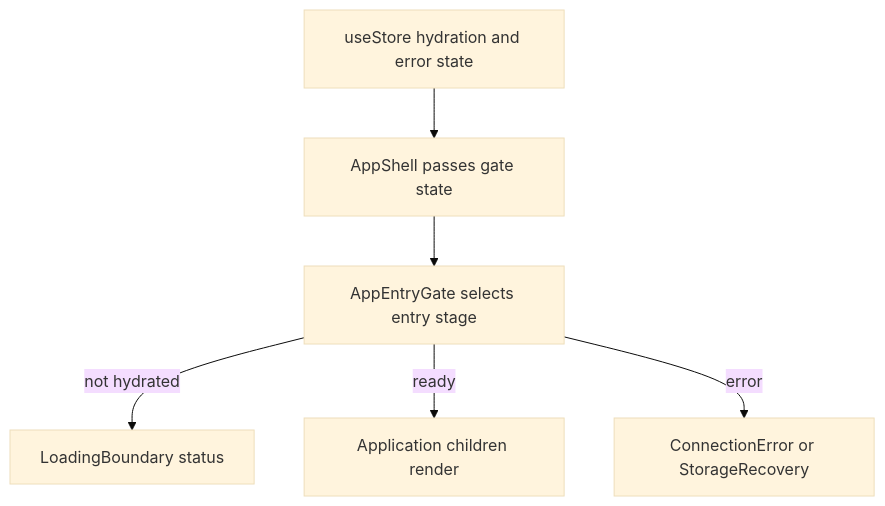
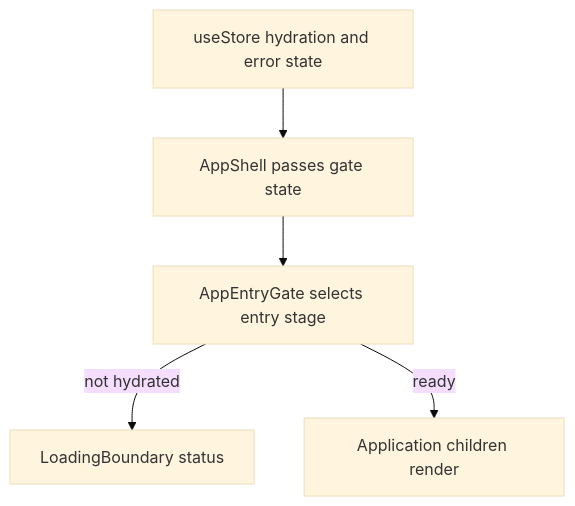
One commit to Kevinjohn/capacitylens changed the second of 2 diagrams in user-stories/navigation/US-NAV-03-loading-gate.md. Above: the diagram before and after it, drawn with Mermaid (base theme). The commit also changed other lines of this file and 3 other files, not shown here.

First line of the commit message:
Remove the stories for the removed connection and storage recovery screens

````diff
--- a/user-stories/navigation/US-NAV-03-loading-gate.md
+++ b/user-stories/navigation/US-NAV-03-loading-gate.md
@@ -40,8 +36,7 @@
 ```mermaid
 flowchart TD
   store["useStore hydration and error state"] --> shell["AppShell passes gate state"]
   shell --> gate["AppEntryGate selects entry stage"]
   gate -->|not hydrated| loading["LoadingBoundary status"]
   gate -->|ready| children["Application children render"]
-  gate -->|error| recovery["ConnectionError or StorageRecovery"]
 ```
````
